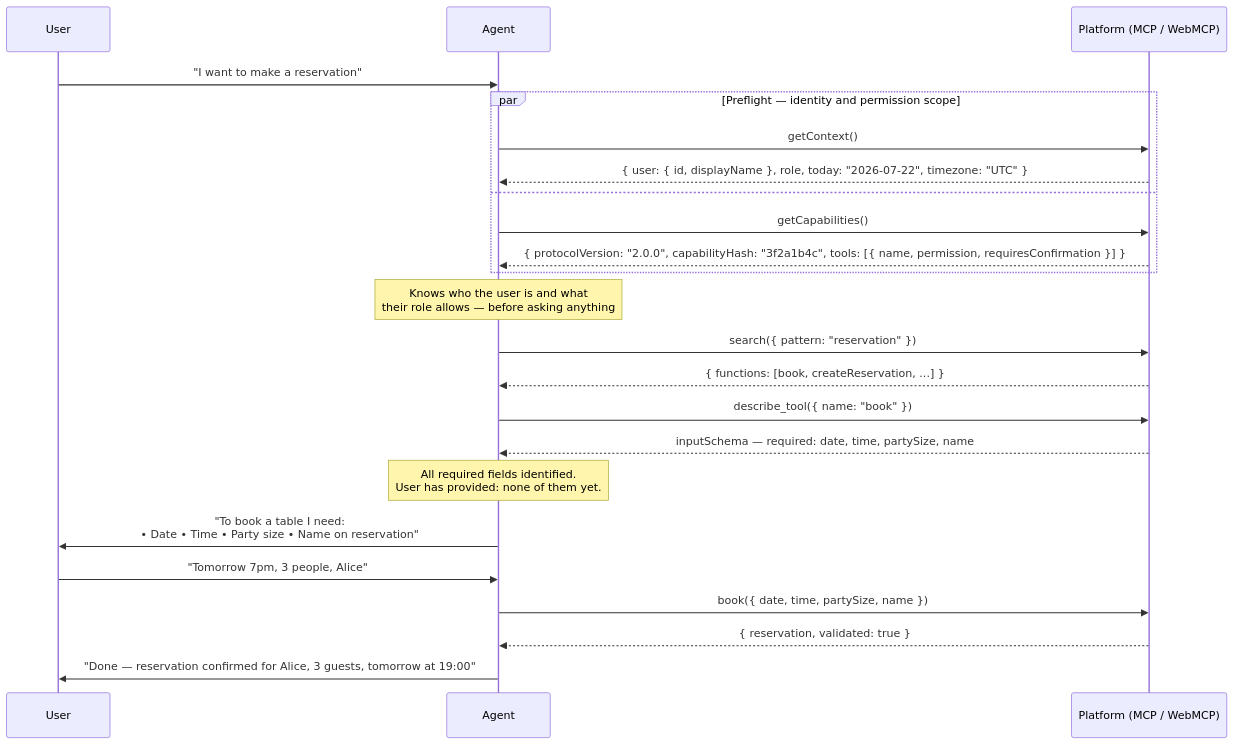
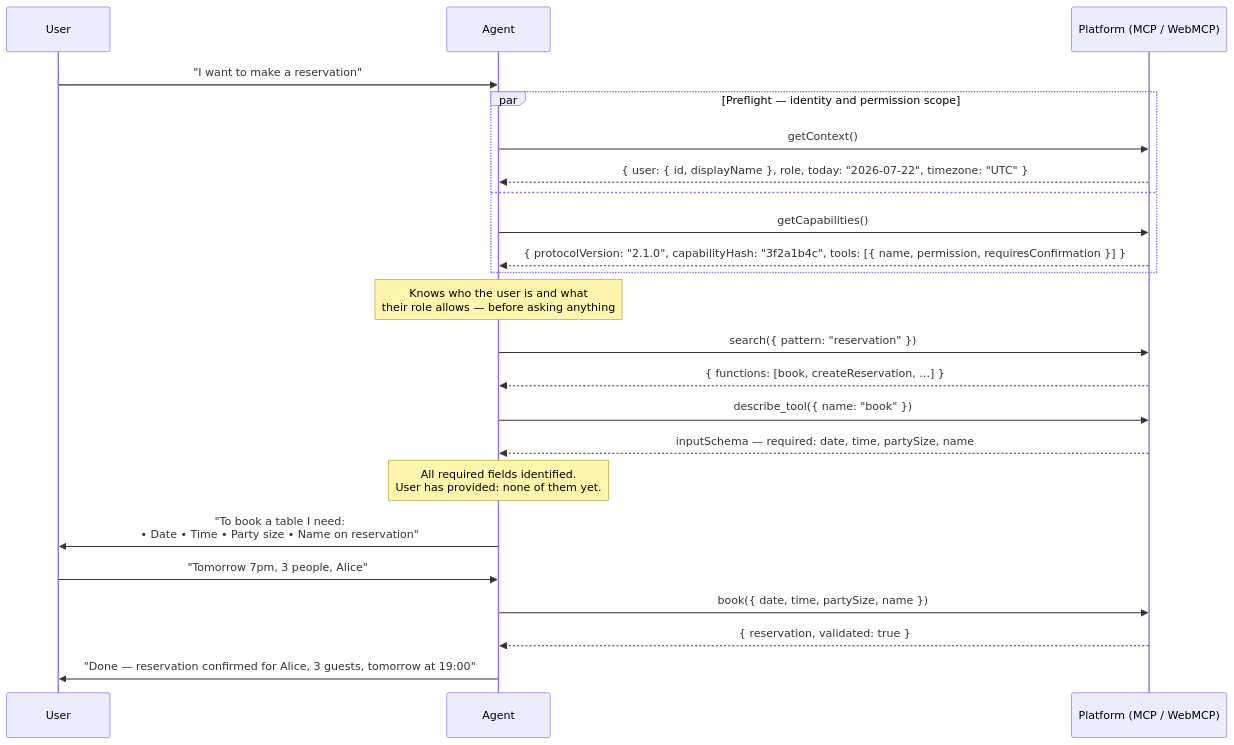
Before and after one commit to eliadco5/NavWebmcp: the fourth of 7 diagrams in README.md, drawn with Mermaid. The commit also changed other lines of this file and 27 other files, not shown here.

````diff
--- a/README.md
+++ b/README.md
@@ -191,35 +191,35 @@
 ```mermaid
 sequenceDiagram
     participant User
     participant Agent
     participant Platform as Platform (MCP / WebMCP)
 
     User->>Agent: "I want to make a reservation"
 
     par Preflight — identity and permission scope
         Agent->>Platform: getContext()
         Platform-->>Agent: { user: { id, displayName }, role, today: "2026-07-22", timezone: "UTC" }
     and
         Agent->>Platform: getCapabilities()
-        Platform-->>Agent: { protocolVersion: "2.0.0", capabilityHash: "3f2a1b4c", tools: [{ name, permission, requiresConfirmation }] }
+        Platform-->>Agent: { protocolVersion: "2.1.0", capabilityHash: "3f2a1b4c", tools: [{ name, permission, requiresConfirmation }] }
     end
 
     Note over Agent: Knows who the user is and what<br/>their role allows — before asking anything
 
     Agent->>Platform: search({ pattern: "reservation" })
     Platform-->>Agent: { functions: [book, createReservation, ...] }
 
     Agent->>Platform: describe_tool({ name: "book" })
     Platform-->>Agent: inputSchema — required: date, time, partySize, name
 
     Note over Agent: All required fields identified.<br/>User has provided: none of them yet.
 
     Agent->>User: "To book a table I need:<br/>• Date  • Time  • Party size  • Name on reservation"
 
     User->>Agent: "Tomorrow 7pm, 3 people, Alice"
 
     Agent->>Platform: book({ date, time, partySize, name })
     Platform-->>Agent: { reservation, validated: true }
 
     Agent->>User: "Done — reservation confirmed for Alice, 3 guests, tomorrow at 19:00"
 ```
````
